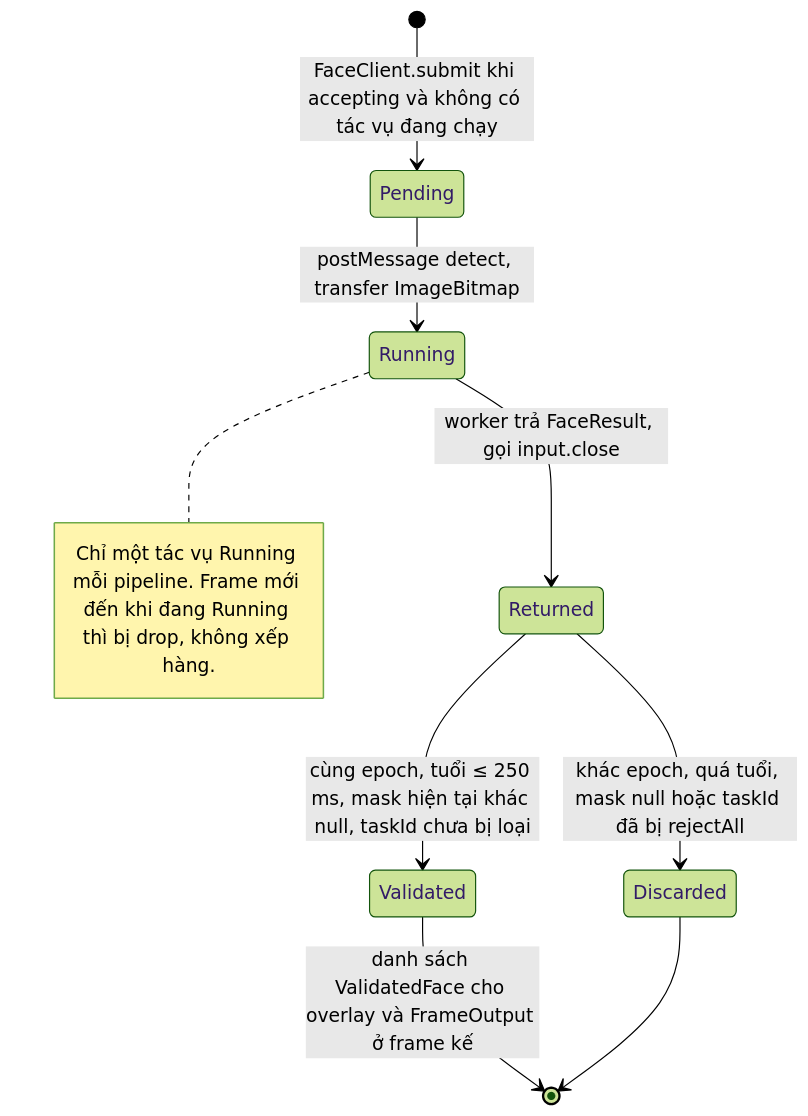
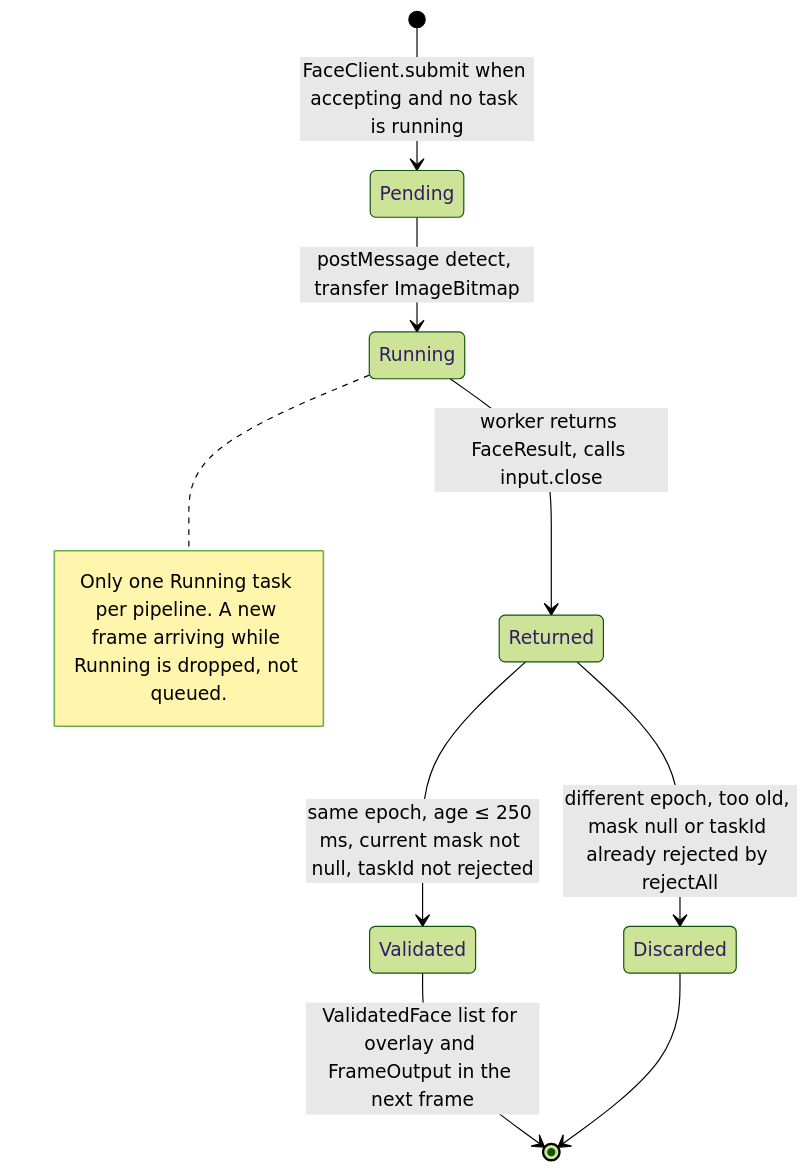
Diagram 12 of 18 in docs/WORK-BREAKDOWN.md (Lorah101204/Finger_And_Face_Tracking), drawn with Mermaid (forest theme) before and after one commit. The commit also changed other lines of this file and 35 other files, not shown here.

````diff
--- a/docs/WORK-BREAKDOWN.md
+++ b/docs/WORK-BREAKDOWN.md
@@ -643,11 +643,11 @@
 ```mermaid
 stateDiagram-v2
-  [*] --> Pending: FaceClient.submit khi accepting và không có tác vụ đang chạy
+  [*] --> Pending: FaceClient.submit when accepting and no task is running
   Pending --> Running: postMessage detect, transfer ImageBitmap
-  Running --> Returned: worker trả FaceResult, gọi input.close
-  Returned --> Validated: cùng epoch, tuổi ≤ 250 ms, mask hiện tại khác null, taskId chưa bị loại
-  Returned --> Discarded: khác epoch, quá tuổi, mask null hoặc taskId đã bị rejectAll
-  Validated --> [*]: danh sách ValidatedFace cho overlay và FrameOutput ở frame kế
+  Running --> Returned: worker returns FaceResult, calls input.close
+  Returned --> Validated: same epoch, age ≤ 250 ms, current mask not null, taskId not rejected
+  Returned --> Discarded: different epoch, too old, mask null or taskId already rejected by rejectAll
+  Validated --> [*]: ValidatedFace list for overlay and FrameOutput in the next frame
   Discarded --> [*]
-  note right of Running: Chỉ một tác vụ Running mỗi pipeline. Frame mới đến khi đang Running thì bị drop, không xếp hàng.
+  note right of Running: Only one Running task per pipeline. A new frame arriving while Running is dropped, not queued.
 ```
````
